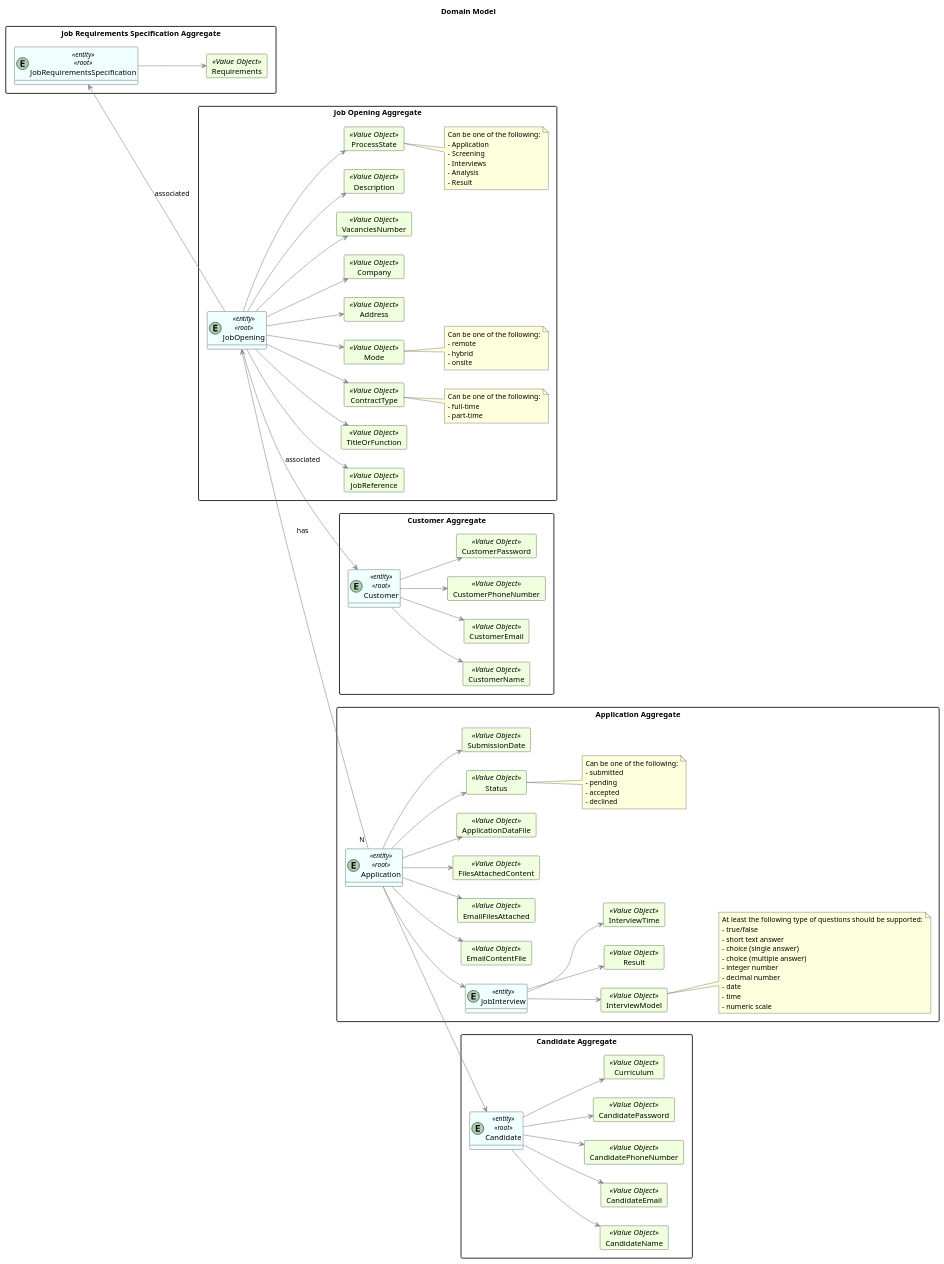
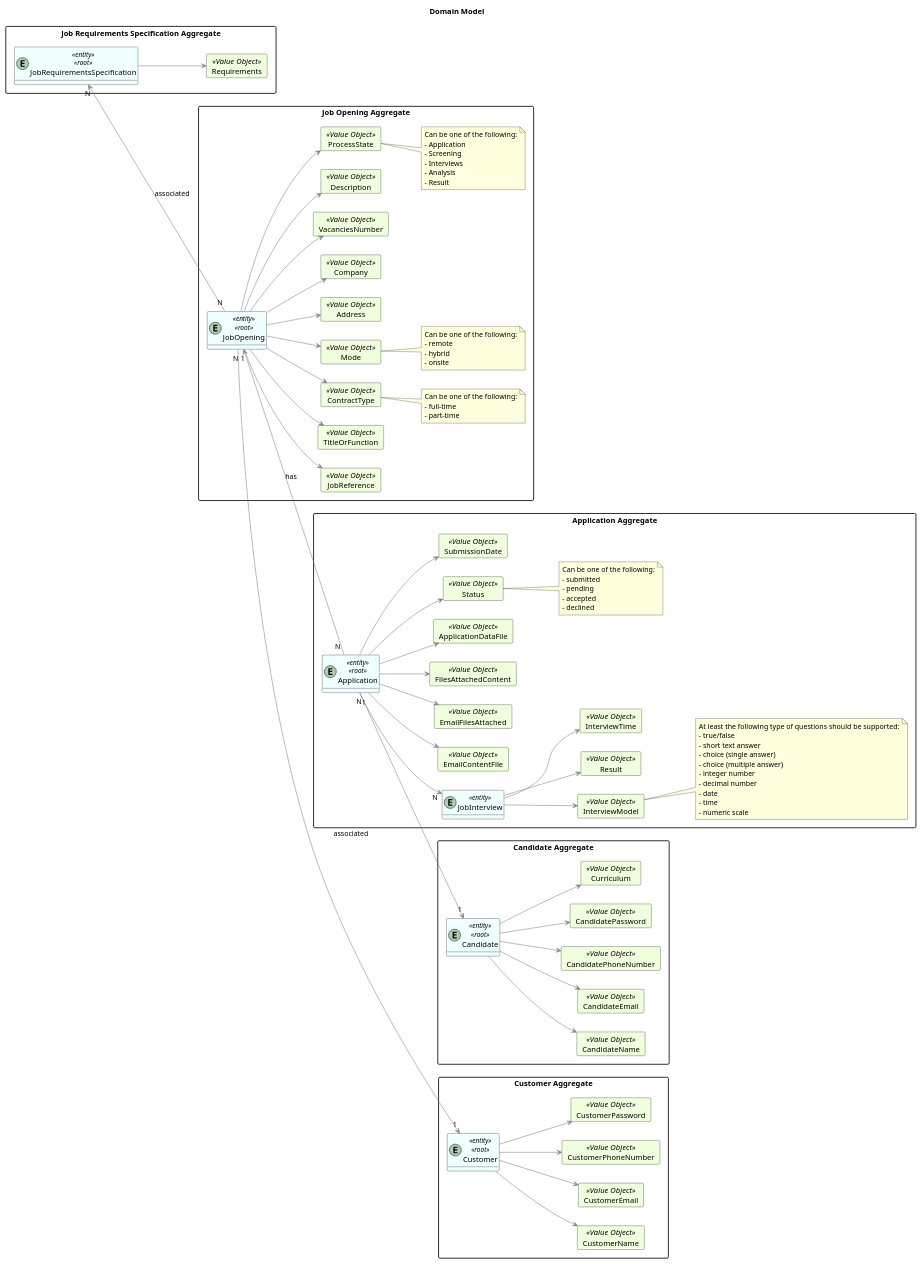
The diagram in docs/SprintA/G006/domain_model.puml (MiguelCardoso77/LAPR4), drawn with PlantUML before and after one commit.

Commit message:
#6 - cardinality

```diff
--- a/docs/SprintA/G006/domain_model.puml
+++ b/docs/SprintA/G006/domain_model.puml
@@ -1,200 +1,197 @@
 @startuml
 hide methods
 left to right direction
 'skinparam linetype ortho
 
 Title "Domain Model"
 
 skinparam class {
     LifeLineBorderColor DarkBlue
     LifeLineBackgroundColor APPLICATION
     BackgroundColor #F0FFFF
     ArrowColor grey
     BorderColor black
 }
 
 skinparam packageStyle rectangle
 
 skinparam card {
     LifeLineBorderColor Green
     LifeLineBackgroundColor APPLICATION
     BackgroundColor #F0FFDD
     ArrowColor DarkGrey
     BorderColor Black
 }
 
 
 package "Customer Aggregate"{
 entity Customer <<entity>><<root>>
 
     card CustomerName <<Value Object>> {
     }
     card CustomerEmail <<Value Object>> {
     }
     card CustomerPhoneNumber <<Value Object>> {
     }
     card CustomerPassword <<Value Object>> {
     }
 
         Customer --> CustomerEmail
         Customer --> CustomerName
         Customer --> CustomerPhoneNumber
         Customer --> CustomerPassword
 }
 
 package "Candidate Aggregate"{
 entity Candidate <<entity>><<root>>
 
     card CandidateName <<Value Object>> {
     }
     card CandidateEmail <<Value Object>> {
     }
     card CandidatePhoneNumber <<Value Object>> {
     }
     card CandidatePassword <<Value Object>> {
     }
     card Curriculum <<Value Object>> {
     }
 
         Candidate --> CandidateEmail
         Candidate --> CandidateName
         Candidate --> CandidatePhoneNumber
         Candidate --> CandidatePassword
         Candidate --> Curriculum
 
 }
 
 package "Job Requirements Specification Aggregate"{
 entity JobRequirementsSpecification <<entity>><<root>>
 
     card Requirements <<Value Object>>{
     }
 
         JobRequirementsSpecification --> Requirements
 
 }
 
 package "Job Opening Aggregate"{
 entity JobOpening <<entity>><<root>>
 
     card JobReference <<Value Object>> {
     }
     card TitleOrFunction <<Value Object>> {
     }
     card ContractType <<Value Object>> {
     }
     card Mode <<Value Object>> {
     }
     card Address <<Value Object>> {
     }
     card Company <<Value Object>> {
     }
     card VacanciesNumber <<Value Object>> {
     }
     card Description <<Value Object>> {
     }
     card ProcessState <<Value Object>> {
     }
 
     JobOpening --> JobReference
     JobOpening --> TitleOrFunction
     JobOpening --> ContractType
     JobOpening --> Mode
     JobOpening --> Address
     JobOpening --> Company
     JobOpening --> VacanciesNumber
     JobOpening --> Description
     JobOpening --> ProcessState
 
     note right of ContractType
         Can be one of the following:
         - full-time
         - part-time
     end note
 
     note right of Mode
          Can be one of the following:
          - remote
          - hybrid
          - onsite
     end note
     note right of ProcessState
             Can be one of the following:
             - Application
             - Screening
             - Interviews
             - Analysis
             - Result
         end note
 }
 
 package "Application Aggregate"{
 entity Application <<entity>><<root>>
 
     card EmailContentFile <<Value Object>> {
     }
     card EmailFilesAttached <<Value Object>>{
     }
     card FilesAttachedContent <<Value Object>>{
     }
     card ApplicationDataFile <<Value Object>>{
     }
     card Status <<Value Object>>{
     }
     card SubmissionDate <<Value Object>>{
     }
 
     Application --> EmailContentFile
     Application --> EmailFilesAttached
     Application --> FilesAttachedContent
     Application --> ApplicationDataFile
     Application --> Status
     Application --> SubmissionDate
 
     note right of Status
         Can be one of the following:
         - submitted
         - pending
         - accepted
         - declined
     end note
 
     entity JobInterview <<entity>>
 
         card InterviewModel <<Value Object>> {
         }
         card Result <<Value Object>> {
         }
         card InterviewTime <<Value Object>> {
         }
 
         JobInterview --> InterviewModel
         JobInterview --> Result
         JobInterview --> InterviewTime
 
     note right of InterviewModel
         At least the following type of questions should be supported:
         - true/false
         - short text answer
         - choice (single answer)
         - choice (multiple answer)
         - integer number
         - decimal number
         - date
         - time
         - numeric scale
     end note
 }
 
-    JobOpening <-- "N " Application : has
-    JobOpening --> Customer : associated
+    JobOpening "1" <-- "N " Application : has
+    JobOpening "N" ---> "1" Customer : associated
 
-    Application --> Candidate
-    Application --> JobInterview
+    Application "N" --> "1" Candidate
+    Application "1" --> "N" JobInterview
 
-
-
-
-    JobRequirementsSpecification <-- JobOpening : associated
+    JobRequirementsSpecification "N" <-- "N" JobOpening : associated
 
 @enduml
```
